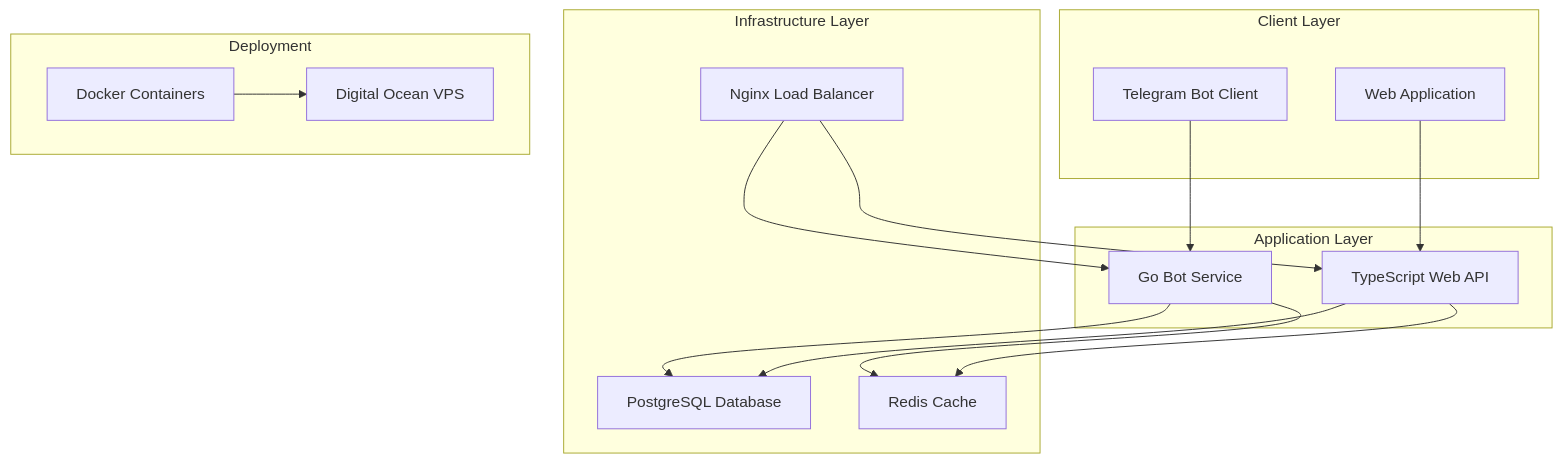
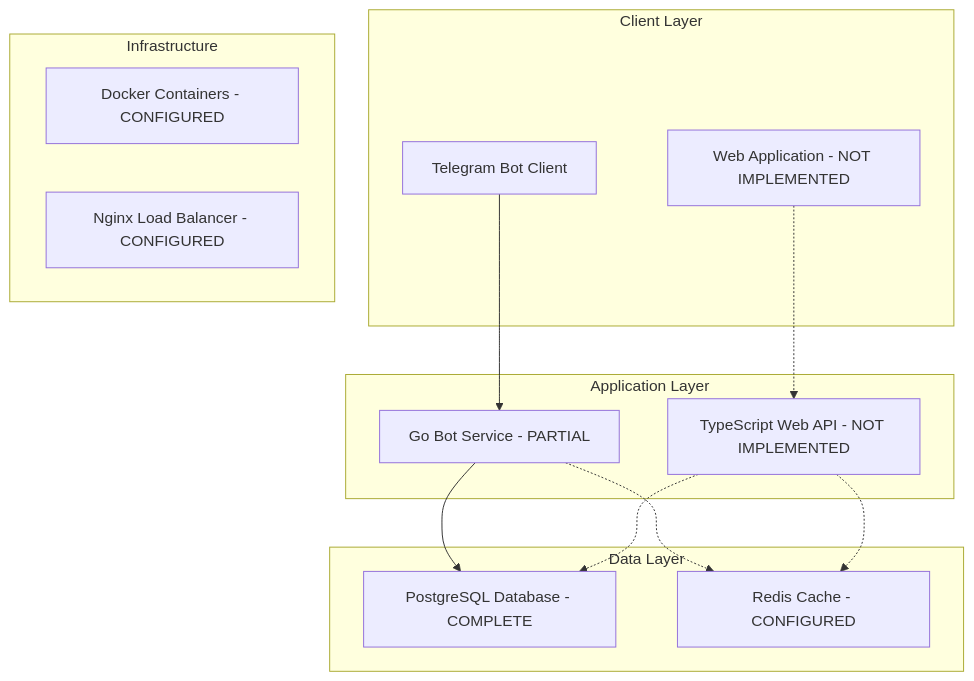
The diagram in .trae/documents/project-overview.md (irfndi/meets-match), drawn with Mermaid before and after one commit. The commit also changed other lines of this file and 36 other files, not shown here.

First line of the commit message:
refactor(api): standardize response formats and fix type inconsistencies

````diff
--- a/.trae/documents/project-overview.md
+++ b/.trae/documents/project-overview.md
@@ -96,33 +96,29 @@
 ```mermaid
 graph TB
     subgraph "Client Layer"
         A[Telegram Bot Client]
-        B[Web Application]
+        B[Web Application - NOT IMPLEMENTED]
     end
     
     subgraph "Application Layer"
-        C[Go Bot Service]
-        D[TypeScript Web API]
+        C[Go Bot Service - PARTIAL]
+        D[TypeScript Web API - NOT IMPLEMENTED]
     end
     
-    subgraph "Infrastructure Layer"
-        E[PostgreSQL Database]
-        F[Redis Cache]
-        G[Nginx Load Balancer]
+    subgraph "Data Layer"
+        E[PostgreSQL Database - COMPLETE]
+        F[Redis Cache - CONFIGURED]
     end
     
-    subgraph "Deployment"
-        H[Docker Containers]
-        I[Digital Ocean VPS]
+    subgraph "Infrastructure"
+        G[Docker Containers - CONFIGURED]
+        H[Nginx Load Balancer - CONFIGURED]
     end
     
     A --> C
-    B --> D
+    B -.-> D
     C --> E
-    C --> F
-    D --> E
-    D --> F
-    G --> C
-    G --> D
-    H --> I
+    D -.-> E
+    C -.-> F
+    D -.-> F
 ```
````
